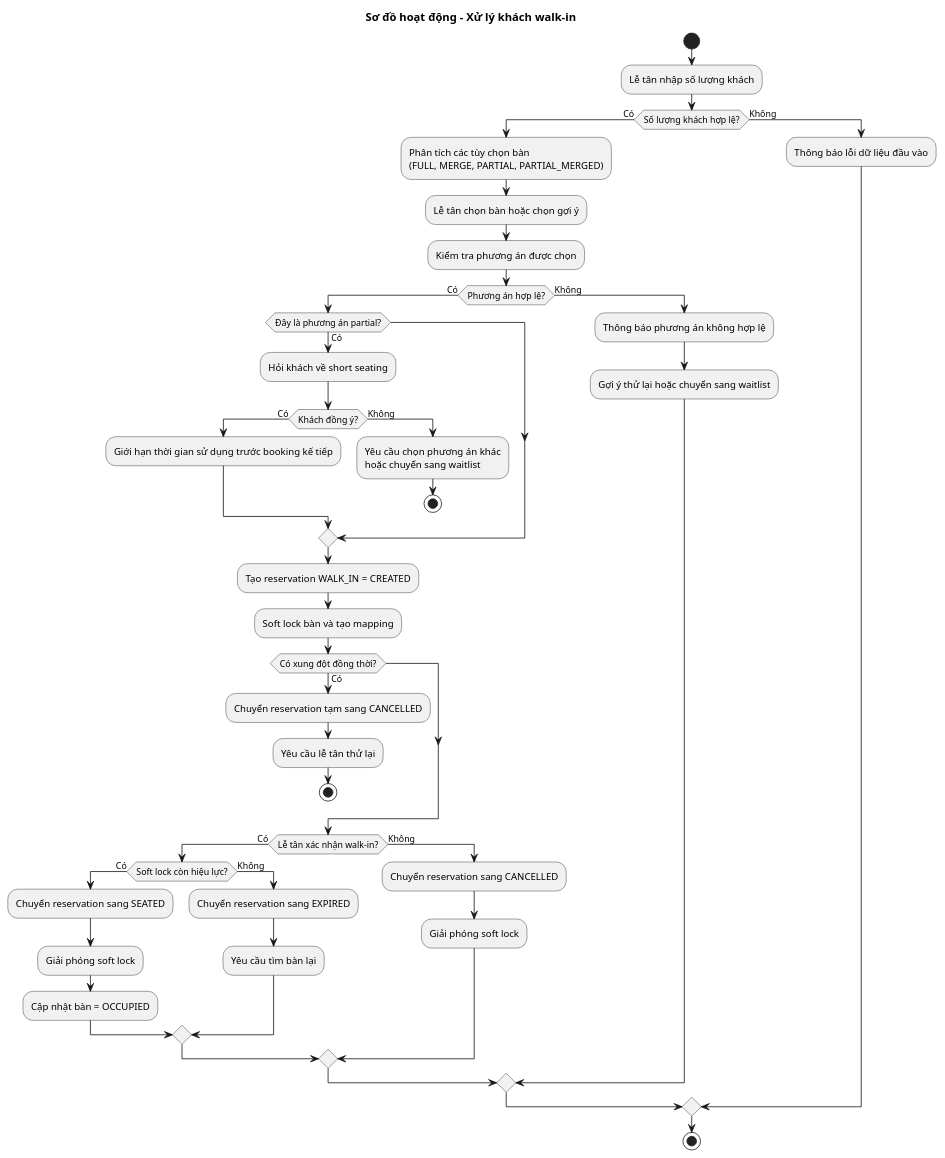
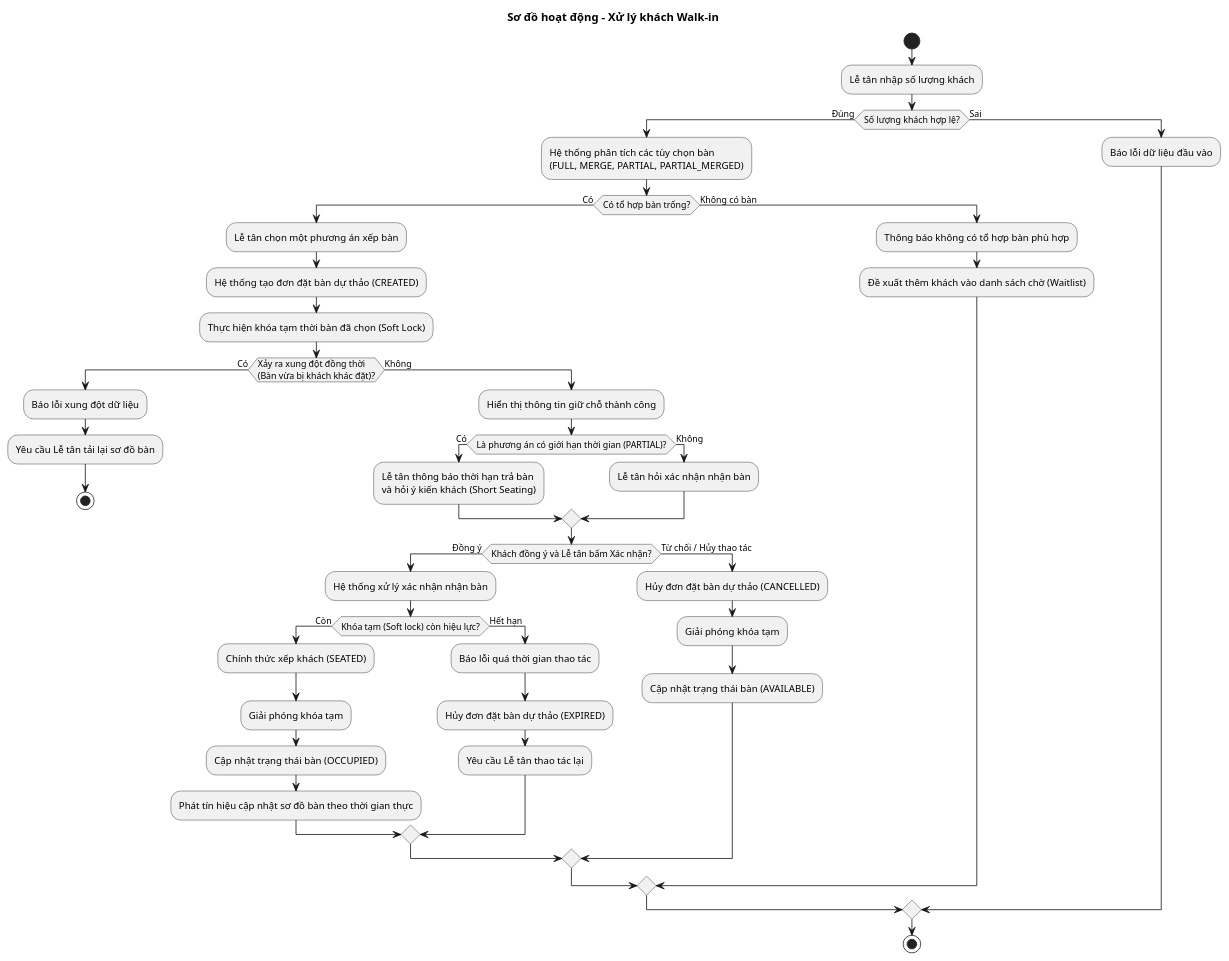
Before and after one commit to QuangLam0208/restaurant-reservation-system: the diagram in docs/uml/activity-walk-in.puml, drawn with PlantUML. The commit also changed 4 other files, not shown here.

```diff
--- a/docs/uml/activity-walk-in.puml
+++ b/docs/uml/activity-walk-in.puml
@@ -1,54 +1,57 @@
 @startuml
-title Sơ đồ hoạt động - Xử lý khách walk-in
+title Sơ đồ hoạt động - Xử lý khách Walk-in
 skinparam conditionStyle inside
 
 start
 :Lễ tân nhập số lượng khách;
 
-if (Số lượng khách hợp lệ?) then (Có)
-  :Phân tích các tùy chọn bàn\n(FULL, MERGE, PARTIAL, PARTIAL_MERGED);
-  :Lễ tân chọn bàn hoặc chọn gợi ý;
-  :Kiểm tra phương án được chọn;
+if (Số lượng khách hợp lệ?) then (Đúng)
+  :Hệ thống phân tích các tùy chọn bàn\n(FULL, MERGE, PARTIAL, PARTIAL_MERGED);
 
-  if (Phương án hợp lệ?) then (Có)
-    if (Đây là phương án partial?) then (Có)
-      :Hỏi khách về short seating;
-      if (Khách đồng ý?) then (Có)
-        :Giới hạn thời gian sử dụng trước booking kế tiếp;
+  if (Có tổ hợp bàn trống?) then (Có)
+    :Lễ tân chọn một phương án xếp bàn;
+
+    :Hệ thống tạo đơn đặt bàn dự thảo (CREATED);
+    :Thực hiện khóa tạm thời bàn đã chọn (Soft Lock);
+
+    if (Xảy ra xung đột đồng thời\n(Bàn vừa bị khách khác đặt)?) then (Có)
+      :Báo lỗi xung đột dữ liệu;
+      :Yêu cầu Lễ tân tải lại sơ đồ bàn;
+      stop
+    else (Không)
+      :Hiển thị thông tin giữ chỗ thành công;
+
+      if (Là phương án có giới hạn thời gian (PARTIAL)?) then (Có)
+        :Lễ tân thông báo thời hạn trả bàn\nvà hỏi ý kiến khách (Short Seating);
       else (Không)
-        :Yêu cầu chọn phương án khác\nhoặc chuyển sang waitlist;
-        stop
+        :Lễ tân hỏi xác nhận nhận bàn;
+      endif
+
+      if (Khách đồng ý và Lễ tân bấm Xác nhận?) then (Đồng ý)
+        :Hệ thống xử lý xác nhận nhận bàn;
+        if (Khóa tạm (Soft lock) còn hiệu lực?) then (Còn)
+          :Chính thức xếp khách (SEATED);
+          :Giải phóng khóa tạm;
+          :Cập nhật trạng thái bàn (OCCUPIED);
+          :Phát tín hiệu cập nhật sơ đồ bàn theo thời gian thực;
+        else (Hết hạn)
+          :Báo lỗi quá thời gian thao tác;
+          :Hủy đơn đặt bàn dự thảo (EXPIRED);
+          :Yêu cầu Lễ tân thao tác lại;
+        endif
+      else (Từ chối / Hủy thao tác)
+        :Hủy đơn đặt bàn dự thảo (CANCELLED);
+        :Giải phóng khóa tạm;
+        :Cập nhật trạng thái bàn (AVAILABLE);
       endif
     endif
-
-    :Tạo reservation WALK_IN = CREATED;
-    :Soft lock bàn và tạo mapping;
-    if (Có xung đột đồng thời?) then (Có)
-      :Chuyển reservation tạm sang CANCELLED;
-      :Yêu cầu lễ tân thử lại;
-      stop
-    endif
-
-    if (Lễ tân xác nhận walk-in?) then (Có)
-      if (Soft lock còn hiệu lực?) then (Có)
-        :Chuyển reservation sang SEATED;
-        :Giải phóng soft lock;
-        :Cập nhật bàn = OCCUPIED;
-      else (Không)
-        :Chuyển reservation sang EXPIRED;
-        :Yêu cầu tìm bàn lại;
-      endif
-    else (Không)
-      :Chuyển reservation sang CANCELLED;
-      :Giải phóng soft lock;
-    endif
-  else (Không)
-    :Thông báo phương án không hợp lệ;
-    :Gợi ý thử lại hoặc chuyển sang waitlist;
+  else (Không có bàn)
+    :Thông báo không có tổ hợp bàn phù hợp;
+    :Đề xuất thêm khách vào danh sách chờ (Waitlist);
   endif
-else (Không)
-  :Thông báo lỗi dữ liệu đầu vào;
+else (Sai)
+  :Báo lỗi dữ liệu đầu vào;
 endif
 
 stop
 @enduml
```
